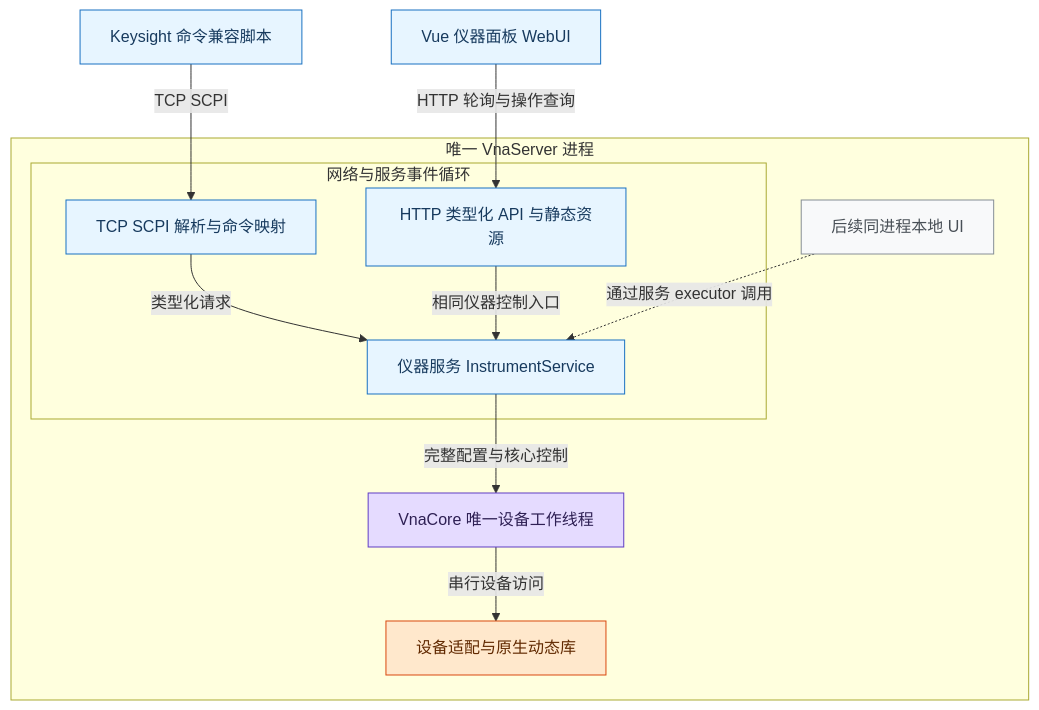
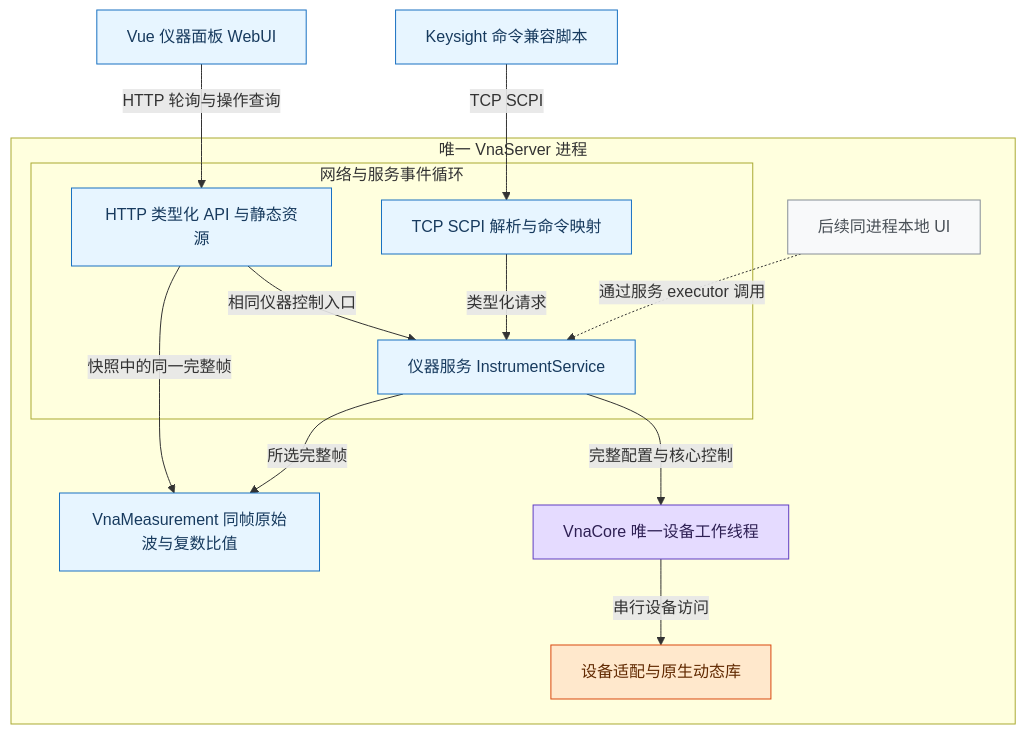
Before and after one commit to aniping/VnaPro: the first of 4 diagrams in docs/网分服务与远程控制设计.md, drawn with Mermaid. The commit also changed other lines of this file and 4 other files, not shown here.

````diff
--- a/docs/网分服务与远程控制设计.md
+++ b/docs/网分服务与远程控制设计.md
@@ -29,30 +29,33 @@
 ```mermaid
 flowchart TB
     script["Keysight 命令兼容脚本"]
     webui["Vue 仪器面板 WebUI"]
     subgraph process["唯一 VnaServer 进程"]
         local["后续同进程本地 UI"]
         subgraph io["网络与服务事件循环"]
             scpi["TCP SCPI 解析与命令映射"]
             web["HTTP 类型化 API 与静态资源"]
             service["仪器服务 InstrumentService"]
             scpi -->|类型化请求| service
             web -->|相同仪器控制入口| service
         end
         core["VnaCore 唯一设备工作线程"]
         native["设备适配与原生动态库"]
+        measurement["VnaMeasurement 同帧原始波与复数比值"]
         service -->|完整配置与核心控制| core
+        service -->|所选完整帧| measurement
+        web -->|快照中的同一完整帧| measurement
         core -->|串行设备访问| native
     end
     script -->|TCP SCPI| scpi
     webui -->|HTTP 轮询与操作查询| web
     local -.->|通过服务 executor 调用| service
     classDef current fill:#e7f5ff,stroke:#1971c2,color:#173a5e;
     classDef worker fill:#e5dbff,stroke:#5f3dc4,color:#2e2054;
     classDef future fill:#f8f9fa,stroke:#868e96,color:#495057;
     classDef device fill:#ffe8cc,stroke:#d9480f,color:#612900;
-    class script,scpi,service,webui,web current;
+    class script,scpi,service,webui,web,measurement current;
     class core worker;
     class local future;
     class native device;
 ```
````
